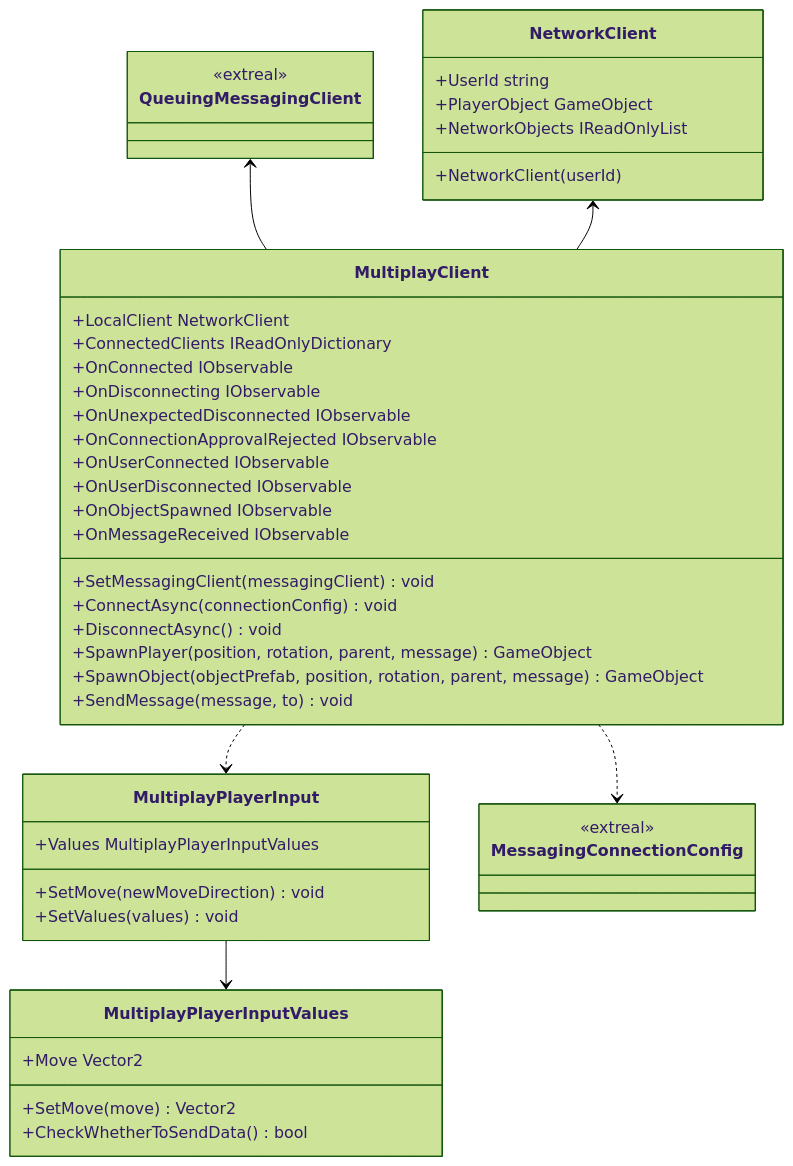
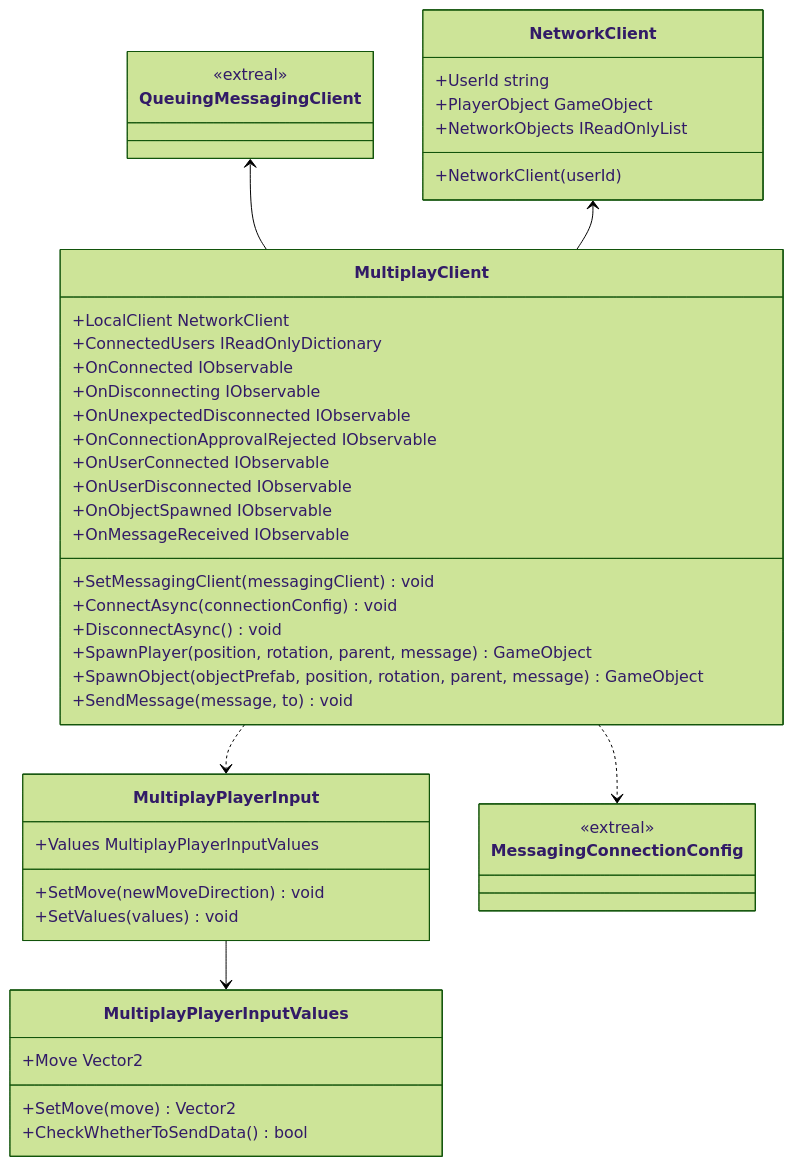
One commit to extreal-dev/Extreal.Guide changed the diagram in docs/integration/multiplay.common.md. Above: the diagram before and after it, drawn with Mermaid (forest theme).

Commit message:
Change property name from ConnectedClients to ConnectedUsers in Multiplay.Common

````diff
--- a/docs/integration/multiplay.common.md
+++ b/docs/integration/multiplay.common.md
@@ -27,58 +27,58 @@
 ```mermaid
 classDiagram
     MultiplayClient ..> MultiplayPlayerInput
     MultiplayClient ..> MessagingConnectionConfig
 
     QueuingMessagingClient <-- MultiplayClient
     NetworkClient <-- MultiplayClient
 
     MultiplayPlayerInput --> MultiplayPlayerInputValues
 
     class MultiplayClient {
         +LocalClient NetworkClient
-        +ConnectedClients IReadOnlyDictionary
+        +ConnectedUsers IReadOnlyDictionary
 
         +OnConnected IObservable
         +OnDisconnecting IObservable
         +OnUnexpectedDisconnected IObservable
         +OnConnectionApprovalRejected IObservable
         +OnUserConnected IObservable
         +OnUserDisconnected IObservable
         +OnObjectSpawned IObservable
         +OnMessageReceived IObservable
 
         +SetMessagingClient(messagingClient) void
         +ConnectAsync(connectionConfig) void
         +DisconnectAsync() void
         +SpawnPlayer(position, rotation, parent, message) GameObject
         +SpawnObject(objectPrefab, position, rotation, parent, message) GameObject
         +SendMessage(message, to) void
     }
 
     class NetworkClient {
         +UserId string
         +PlayerObject GameObject
         +NetworkObjects IReadOnlyList
         +NetworkClient(userId)
     }
 
     class QueuingMessagingClient {
         <<extreal>>
     }
 
     class MultiplayPlayerInput {
         +Values MultiplayPlayerInputValues
         +SetMove(newMoveDirection) void
         +SetValues(values) void
     }
 
     class MultiplayPlayerInputValues {
         +Move Vector2
         +SetMove(move) Vector2
         +CheckWhetherToSendData() bool
     }
 
     class MessagingConnectionConfig {
         <<extreal>>
     }
 ```
````
